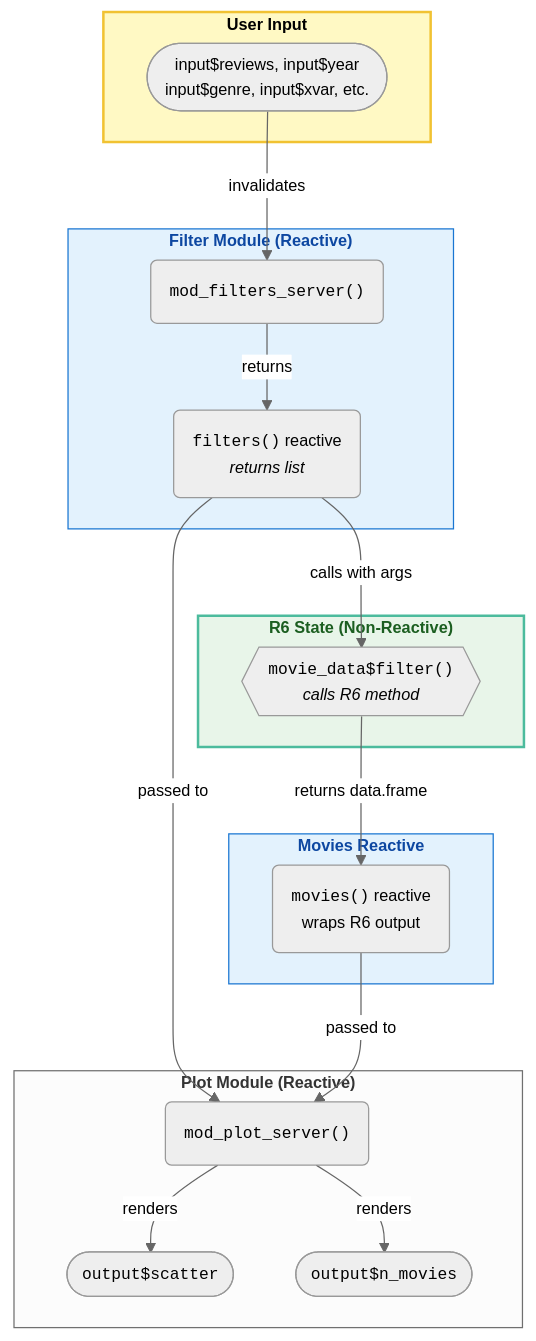
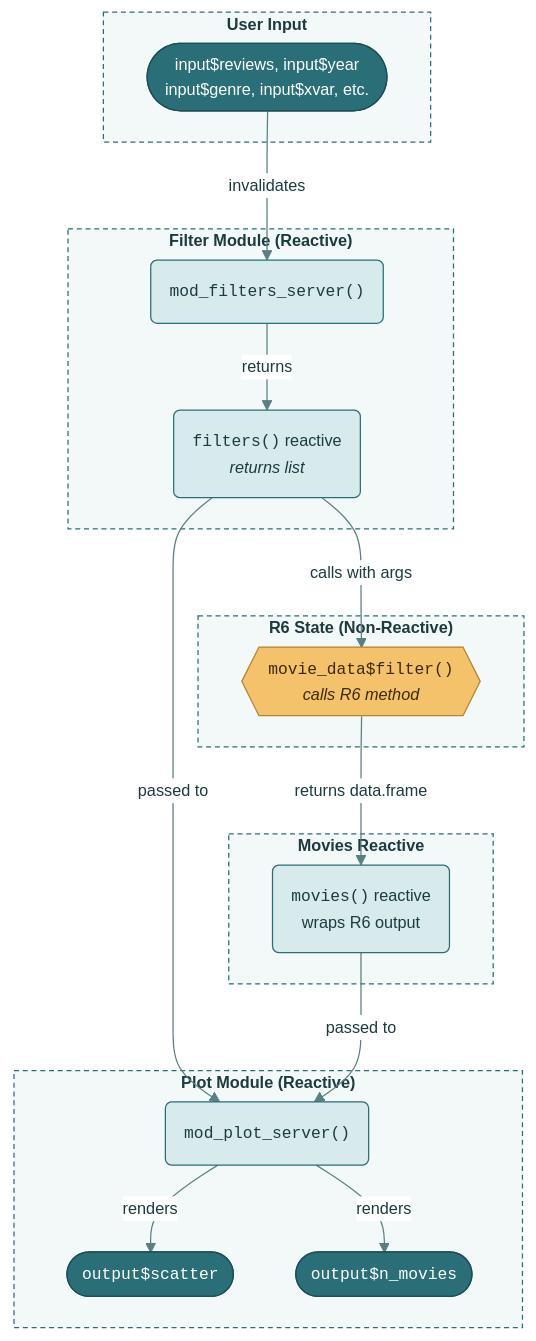
One commit to mjfrigaard/shiny-app-pkgs changed the third of 4 diagrams in r6.qmd. Above: the diagram before and after it, drawn with Mermaid. The commit also changed other lines of this file and 22 other files, not shown here.

First line of the commit message:
Standardize mermaid diagrams on the site teal palette

````diff
--- a/r6.qmd
+++ b/r6.qmd
@@ -362,46 +365,53 @@
 ```{mermaid}
 %%| fig-cap: 'Reactive data flow: Shiny reactivity wraps R6 state'
 %%| fig-align: center
 %%| eval: true
 %%| echo: false
-%%{init: {'theme': 'neutral', 'themeVariables': { 'fontFamily': 'monospace', "fontSize":"13px"}}}%%
+%%{init: {'theme': 'base', 'themeVariables': { 'fontFamily': 'monospace', "fontSize":"13px", "primaryColor":"#D7EBEC", "primaryTextColor":"#1B3B3F", "primaryBorderColor":"#2A6F77", "lineColor":"#5A7F83", "edgeLabelBackground":"#FFFFFF", "clusterBkg":"#F3F8F8", "clusterBorder":"#2A6F77", "darkMode":false}}}%%
 
 flowchart TD
   subgraph Input["<strong>User Input</strong>"]
     UIIn(["input$reviews, input$year<br>input$genre, input$xvar, etc."])
   end
 
   subgraph Filters["<strong>Filter Module (Reactive)</strong>"]
     FilServ("<code>mod_filters_server()</code>")
     FilReact("<code>filters()</code> reactive<br><em>returns list</em>")
   end
 
   subgraph State["<strong>R6 State (Non-Reactive)</strong>"]
     MovData{{"<code>movie_data$filter()</code><br><em>calls R6 method</em>"}}
   end
 
   subgraph Movies["<strong>Movies Reactive</strong>"]
     MovReact("<code>movies()</code> reactive<br>wraps R6 output")
   end
 
   subgraph Plot["<strong>Plot Module (Reactive)</strong>"]
     PltServ("<code>mod_plot_server()</code>")
     Scatter(["<code>output$scatter</code>"])
     Count(["<code>output$n_movies</code>"])
   end
 
   UIIn -->|invalidates| FilServ
   FilServ -->|returns| FilReact
   FilReact -->|calls with args| MovData
   MovData -->|returns data.frame| MovReact
   FilReact -->|passed to| PltServ
   MovReact -->|passed to| PltServ
   PltServ -->|renders| Scatter
   PltServ -->|renders| Count
 
-  style Input fill:#FFF9C4,color:#000000,stroke:#F1C232,stroke-width:2px
-  style State fill:#E8F5E9,color:#1B5E20,stroke:#4CBB9D,stroke-width:2px
-  style Filters fill:#E3F2FD,color:#0D47A1,stroke:#1976D2
-  style Movies fill:#E3F2FD,color:#0D47A1,stroke:#1976D2
-  
+    classDef term fill:#2A6F77,color:#FFFFFF,stroke:#1B4F55,stroke-width:1px
+    classDef step fill:#D7EBEC,color:#1B3B3F,stroke:#2A6F77,stroke-width:1px
+    classDef decision fill:#F4C26B,color:#3D2A00,stroke:#B7832B,stroke-width:1px
+    classDef io fill:#FFFFFF,color:#1B3B3F,stroke:#2A6F77,stroke-width:1px
+    class UIIn,Scatter,Count term
+    class FilServ,FilReact,MovReact,PltServ step
+    class MovData decision
+    style Input fill:#F3F8F8,color:#1B3B3F,stroke:#2A6F77,stroke-width:1px,stroke-dasharray:4 3
+    style Filters fill:#F3F8F8,color:#1B3B3F,stroke:#2A6F77,stroke-width:1px,stroke-dasharray:4 3
+    style State fill:#F3F8F8,color:#1B3B3F,stroke:#2A6F77,stroke-width:1px,stroke-dasharray:4 3
+    style Movies fill:#F3F8F8,color:#1B3B3F,stroke:#2A6F77,stroke-width:1px,stroke-dasharray:4 3
+    style Plot fill:#F3F8F8,color:#1B3B3F,stroke:#2A6F77,stroke-width:1px,stroke-dasharray:4 3
 ```
````
